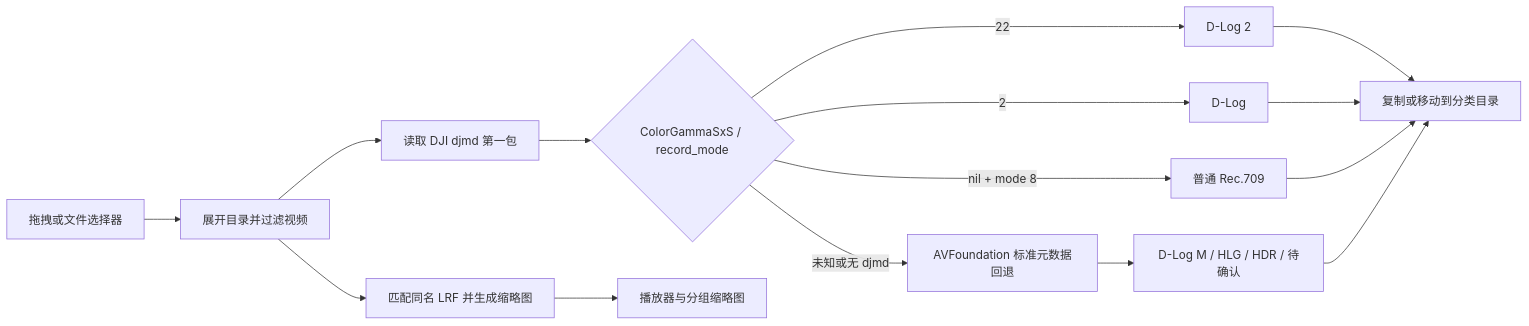
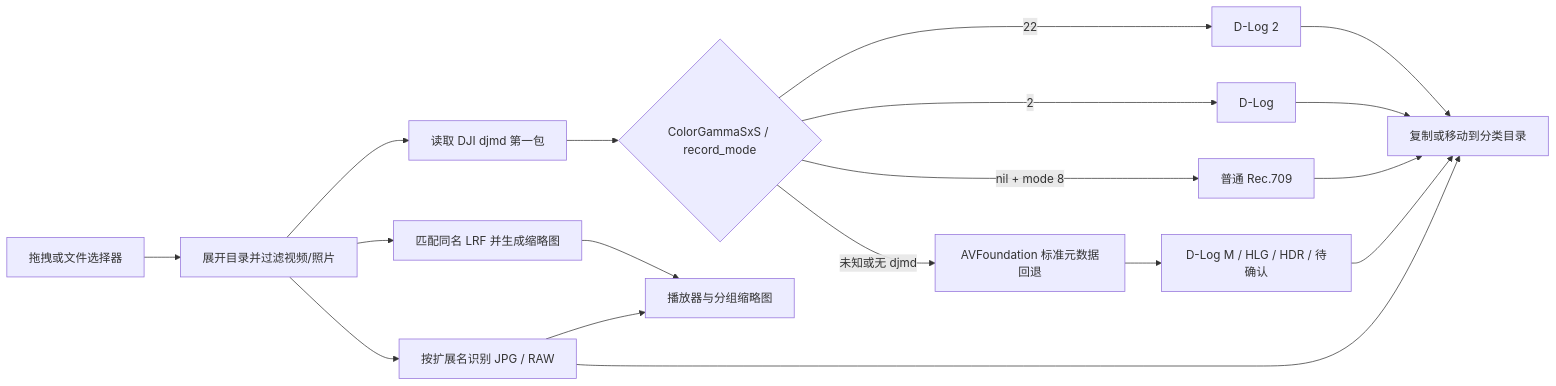
One commit to Jinshuang1996/pocket-log-sorter changed the diagram in docs/CODE_GUIDE.md. Above: the diagram before and after it, drawn with Mermaid. The commit also changed other lines of this file and 5 other files, not shown here.

Commit message:
Add JPG and camera RAW sorting

````diff
--- a/docs/CODE_GUIDE.md
+++ b/docs/CODE_GUIDE.md
@@ -7,17 +7,20 @@
 ```mermaid
 flowchart LR
-    A["拖拽或文件选择器"] --> B["展开目录并过滤视频"]
+    A["拖拽或文件选择器"] --> B["展开目录并过滤视频/照片"]
     B --> C["读取 DJI djmd 第一包"]
     B --> T["匹配同名 LRF 并生成缩略图"]
+    B --> P["按扩展名识别 JPG / RAW"]
     C --> D{"ColorGammaSxS / record_mode"}
     D -->|"22"| E["D-Log 2"]
     D -->|"2"| F["D-Log"]
     D -->|"nil + mode 8"| G["普通 Rec.709"]
     D -->|"未知或无 djmd"| H["AVFoundation 标准元数据回退"]
     H --> I["D-Log M / HLG / HDR / 待确认"]
     E --> J["复制或移动到分类目录"]
     F --> J
     G --> J
     I --> J
+    P --> J
     T --> K["播放器与分组缩略图"]
+    P --> K
 ```
````
